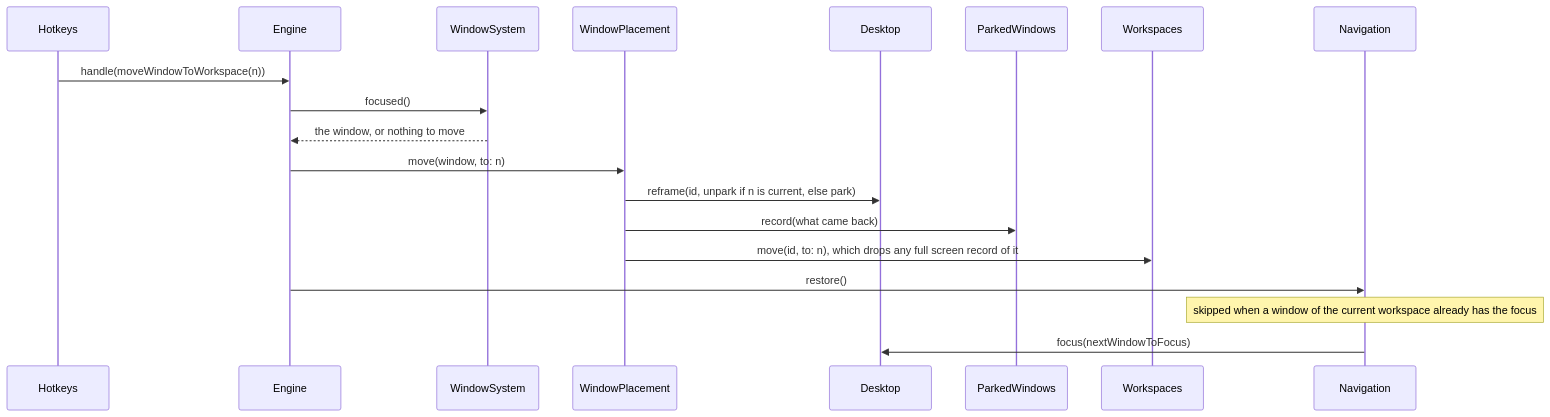
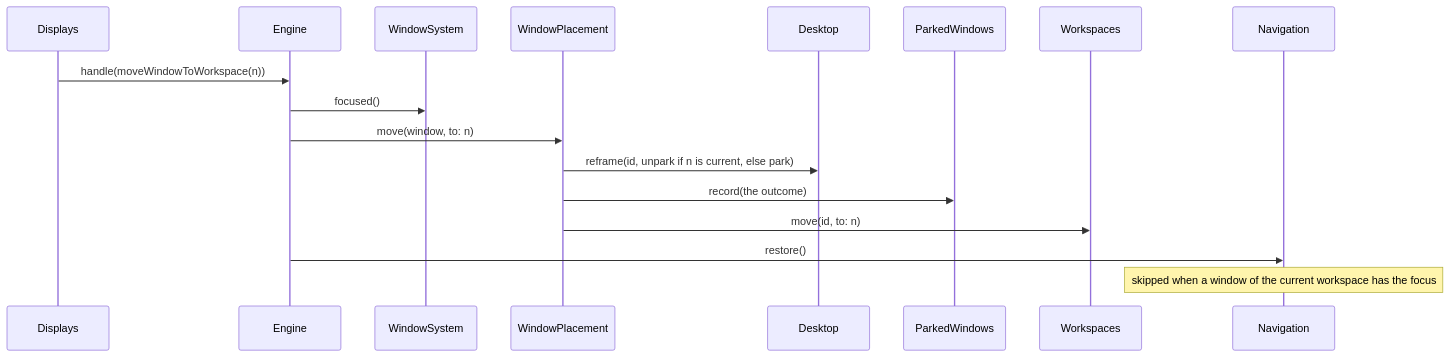
Before and after one commit to brennovich/ottowm: diagram 12 of 25 in ARCHITECTURE.md, drawn with Mermaid. The commit also changed other lines of this file and 71 other files, not shown here.

````diff
--- a/ARCHITECTURE.md
+++ b/ARCHITECTURE.md
@@ -290,13 +324,11 @@
 ```mermaid
 sequenceDiagram
-    Hotkeys->>Engine: handle(moveWindowToWorkspace(n))
+    Displays->>Engine: handle(moveWindowToWorkspace(n))
     Engine->>WindowSystem: focused()
-    WindowSystem-->>Engine: the window, or nothing to move
     Engine->>WindowPlacement: move(window, to: n)
     WindowPlacement->>Desktop: reframe(id, unpark if n is current, else park)
-    WindowPlacement->>ParkedWindows: record(what came back)
-    WindowPlacement->>Workspaces: move(id, to: n), which drops any full screen record of it
+    WindowPlacement->>ParkedWindows: record(the outcome)
+    WindowPlacement->>Workspaces: move(id, to: n)
     Engine->>Navigation: restore()
-    Note over Navigation: skipped when a window of the current workspace already has the focus
-    Navigation->>Desktop: focus(nextWindowToFocus)
+    Note over Navigation: skipped when a window of the current workspace has the focus
 ```
````
